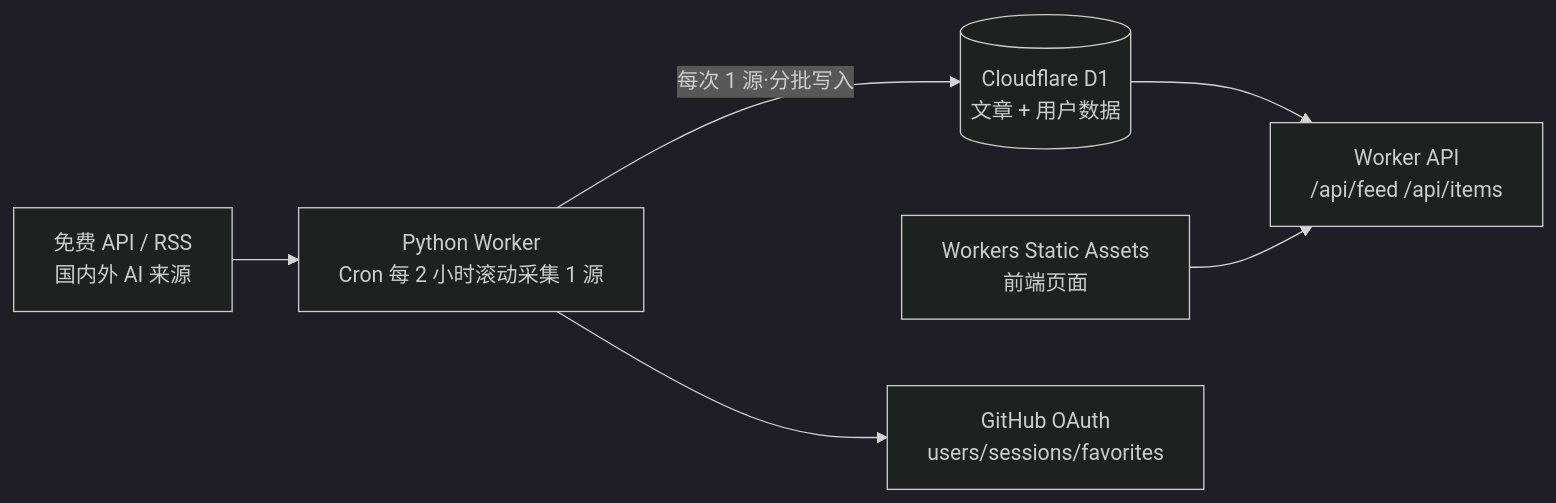
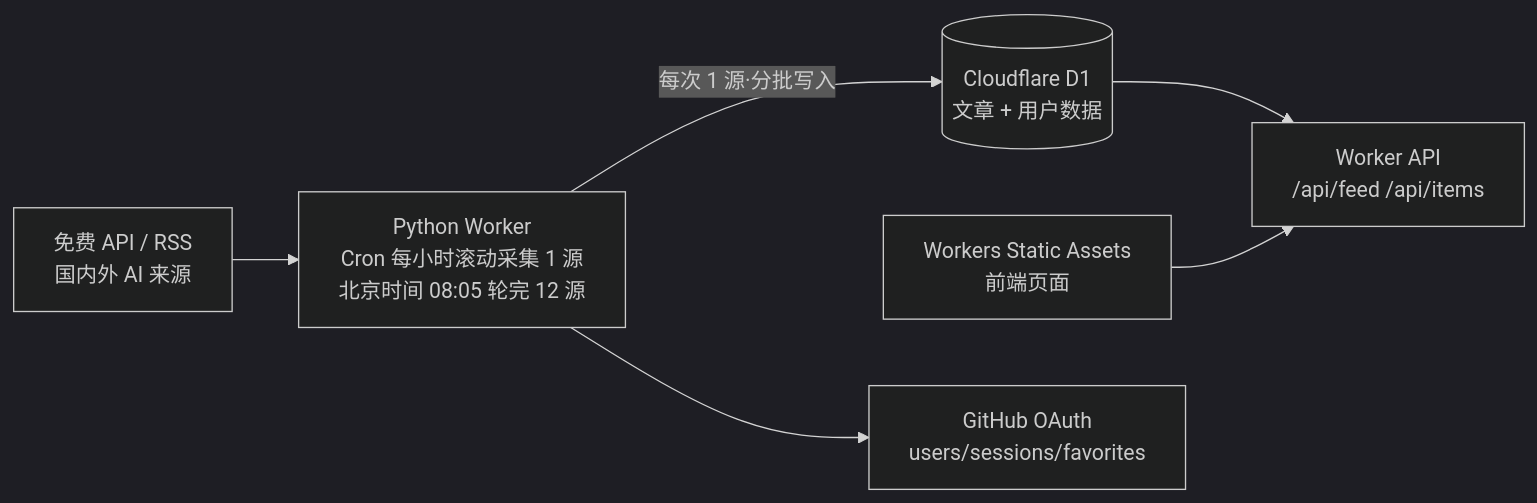
The diagram in docs/cloudflare/README.md (2432448868/AI-News), drawn with Mermaid (dark theme) before and after one commit. The commit also changed 3 other files, not shown here.

```diff
--- a/docs/cloudflare/README.md
+++ b/docs/cloudflare/README.md
@@ -30,8 +30,8 @@
 ~~~mermaid
 flowchart LR
-  A[免费 API / RSS<br/>国内外 AI 来源] --> B[Python Worker<br/>Cron 每 2 小时滚动采集 1 源]
+  A[免费 API / RSS<br/>国内外 AI 来源] --> B[Python Worker<br/>Cron 每小时滚动采集 1 源<br/>北京时间 08:05 轮完 12 源]
   B -->|每次 1 源·分批写入| C[(Cloudflare D1<br/>文章 + 用户数据)]
   C --> D[Worker API<br/>/api/feed /api/items]
   E[Workers Static Assets<br/>前端页面] --> D
   B --> F[GitHub OAuth<br/>users/sessions/favorites]
 ~~~
```
